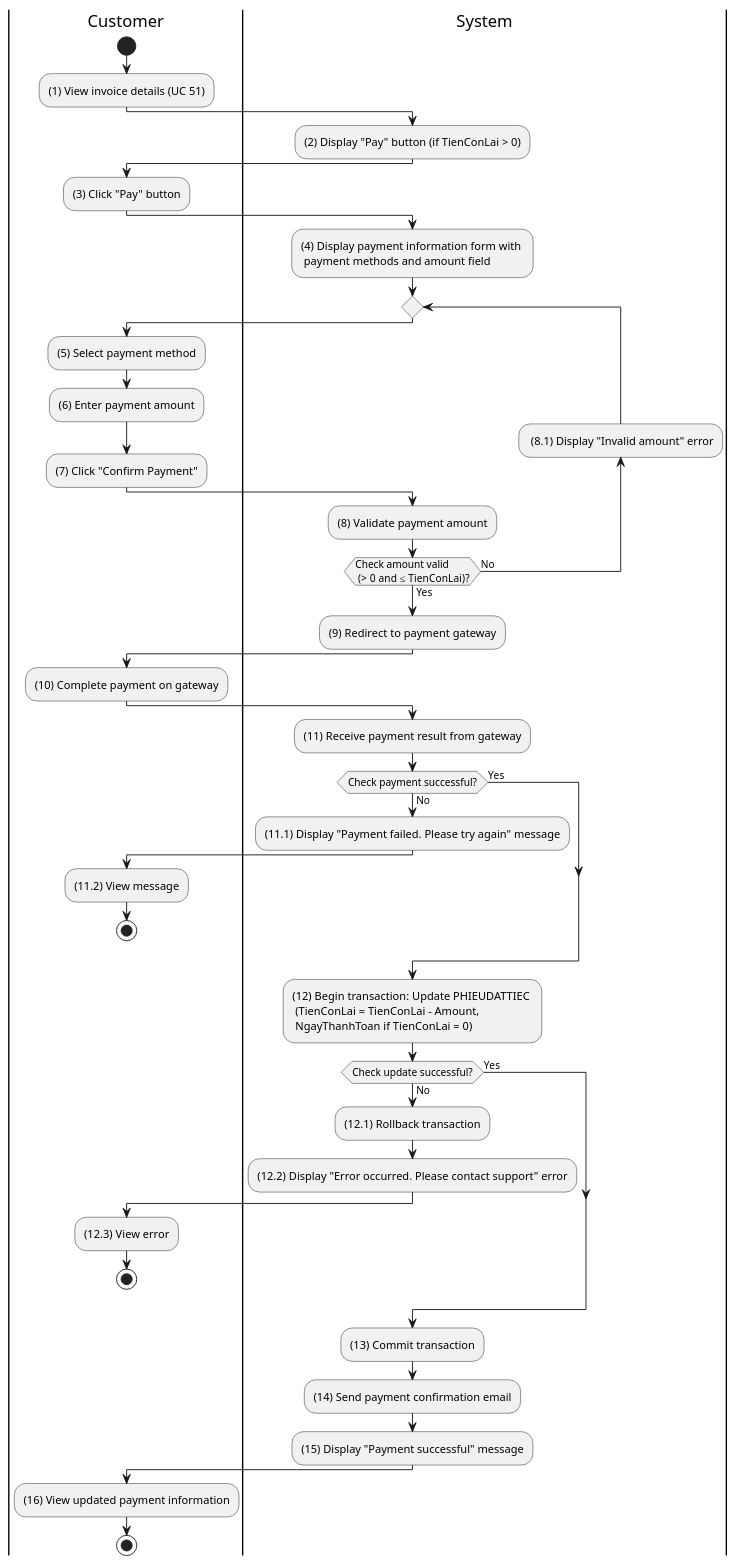
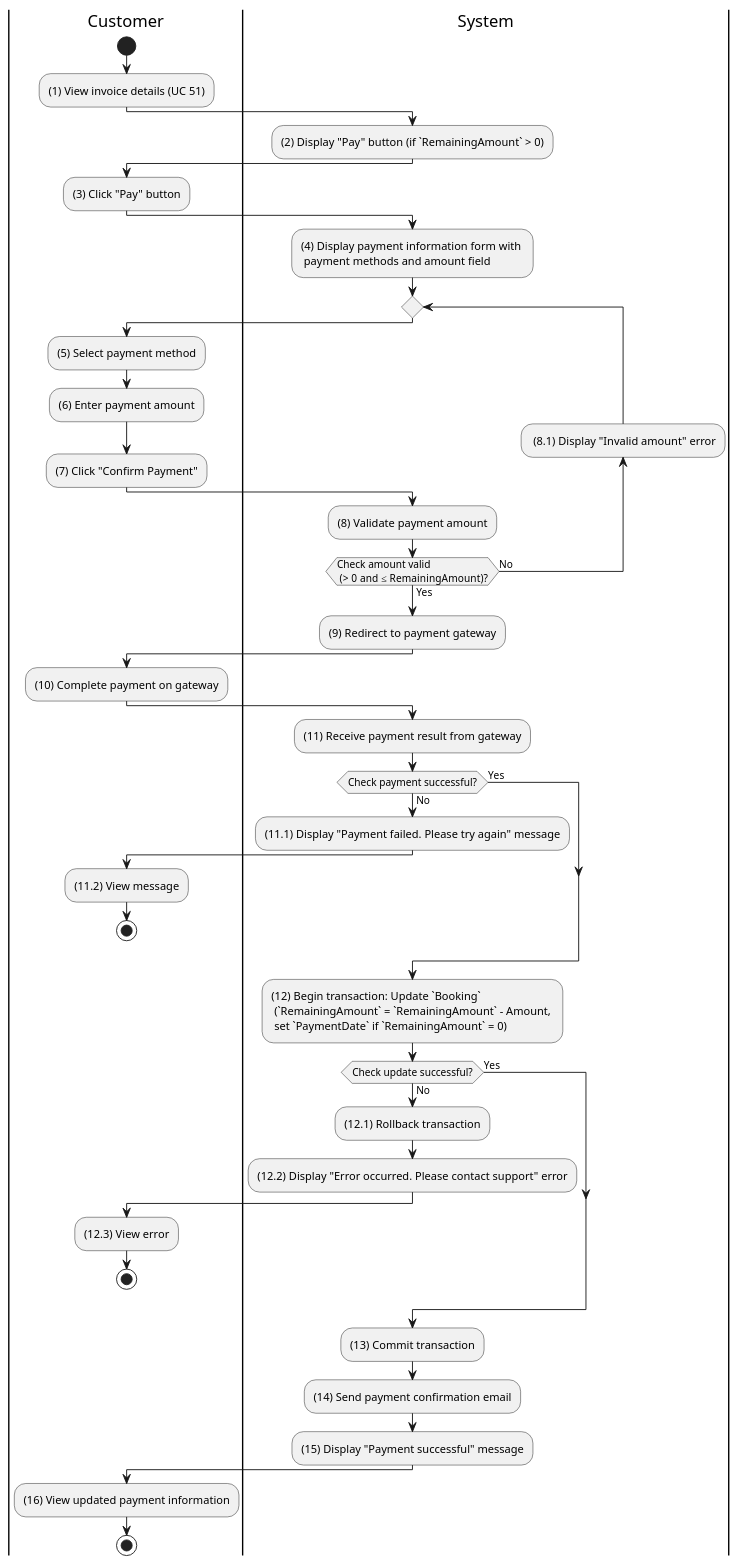
Before and after one commit to se113-wm/se113-wm.github.io: the diagram in docs/docs/activity for wedding management system/customer-payment/pay-my-invoice.md, drawn with PlantUML. The commit also changed 64 other files, not shown here.

````diff
--- a/docs/docs/activity for wedding management system/customer-payment/pay-my-invoice.md
+++ b/docs/docs/activity for wedding management system/customer-payment/pay-my-invoice.md
@@ -3,71 +3,71 @@
 ```plantuml
 @startuml
 |C|Customer
 |Sys|System
 
 |C|
 start
 
 :(1) View invoice details (UC 51);
 
 |Sys|
-:(2) Display "Pay" button (if TienConLai > 0);
+:(2) Display "Pay" button (if `RemainingAmount` > 0);
 
 |C|
 :(3) Click "Pay" button;
 
 |Sys|
 :(4) Display payment information form with \n payment methods and amount field;
 
 repeat
 	|C|
 	:(5) Select payment method;
 	:(6) Enter payment amount;
 	:(7) Click "Confirm Payment";
 
 	|Sys|
 	:(8) Validate payment amount;
 	backward: (8.1) Display "Invalid amount" error;
-repeat while (Check amount valid \n (> 0 and ≤ TienConLai)?) is (No) not (Yes)
+repeat while (Check amount valid \n (> 0 and ≤ RemainingAmount)?) is (No) not (Yes)
 
 |Sys|
 :(9) Redirect to payment gateway;
 
 |C|
 :(10) Complete payment on gateway;
 
 |Sys|
 :(11) Receive payment result from gateway;
 
 if (Check payment successful?) then (No)
 	:(11.1) Display "Payment failed. Please try again" message;
 	|C|
 	:(11.2) View message;
 	stop
 else (Yes)
 endif
 
 |Sys|
-:(12) Begin transaction: Update PHIEUDATTIEC \n (TienConLai = TienConLai - Amount, \n NgayThanhToan if TienConLai = 0);
+:(12) Begin transaction: Update `Booking` \n (`RemainingAmount` = `RemainingAmount` - Amount, \n set `PaymentDate` if `RemainingAmount` = 0);
 
 if (Check update successful?) then (No)
 	:(12.1) Rollback transaction;
 	:(12.2) Display "Error occurred. Please contact support" error;
 	|C|
 	:(12.3) View error;
 	stop
 else (Yes)
 endif
 
 |Sys|
 :(13) Commit transaction;
 :(14) Send payment confirmation email;
 :(15) Display "Payment successful" message;
 
 |C|
 :(16) View updated payment information;
 
 stop
 
 @enduml
 ```
````
